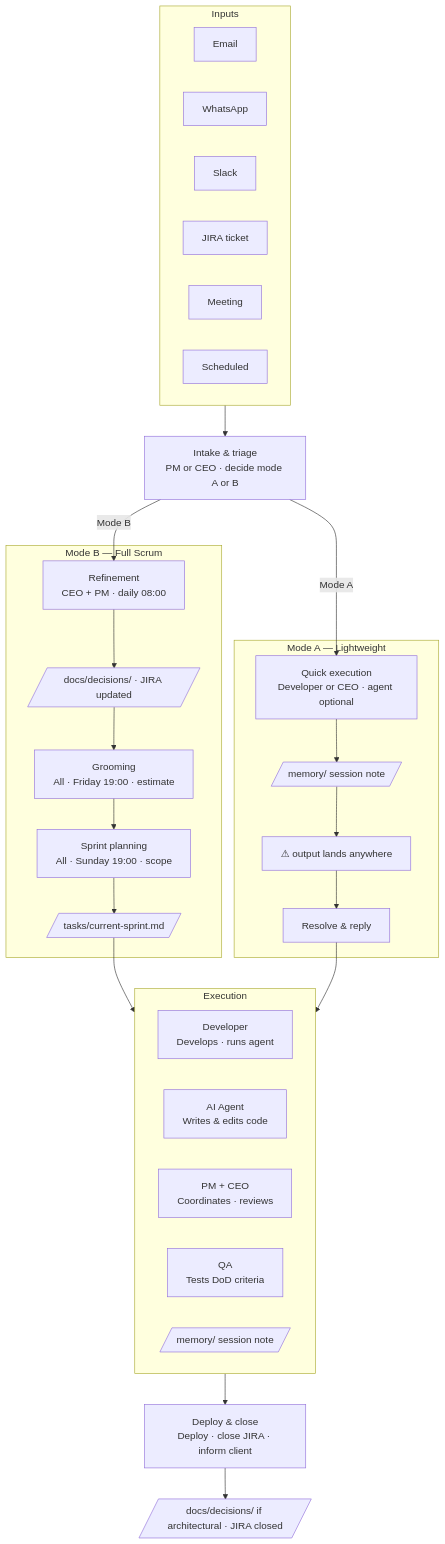
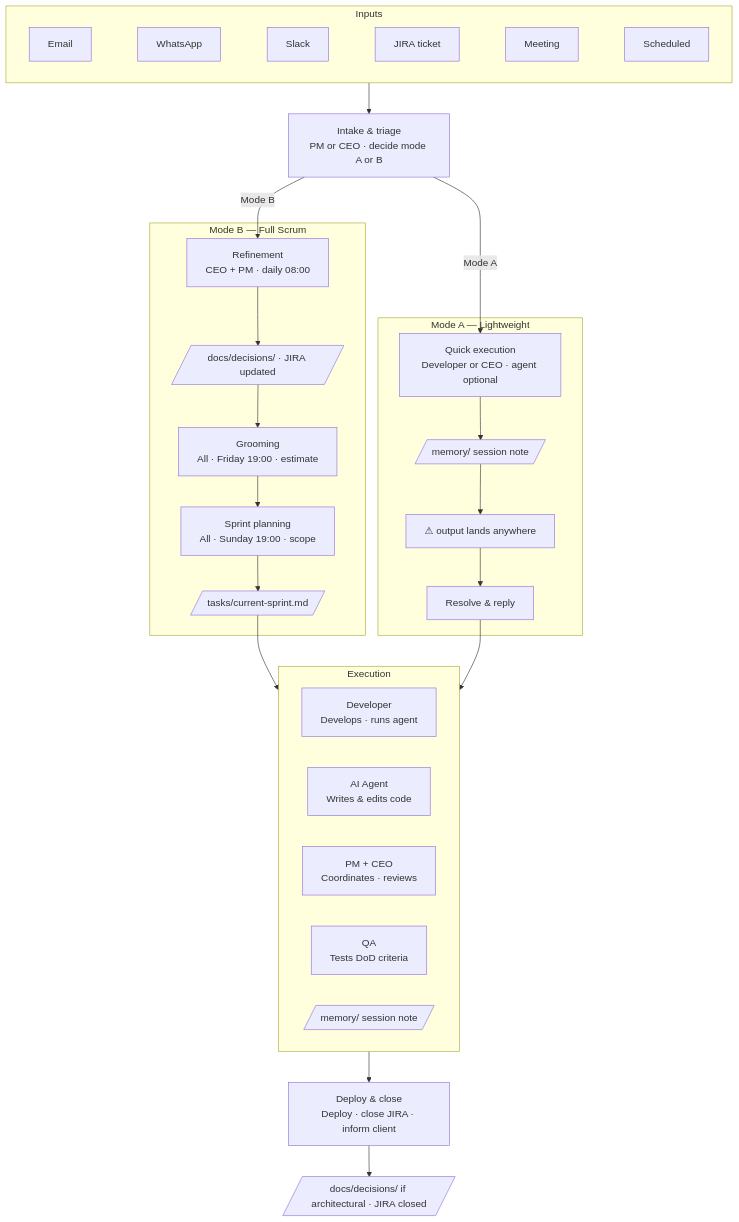
One commit to AllThatBrand/project_agentic-workspace-template changed the first of 6 diagrams in docs/specs/ATB-Agent-Repo-Mermaid-Diagrams.md. Above: the diagram before and after it, drawn with Mermaid. The commit also changed 2 other files, not shown here.

Commit message:
Update diagram: fix horizontal orientation

````diff
--- a/docs/specs/ATB-Agent-Repo-Mermaid-Diagrams.md
+++ b/docs/specs/ATB-Agent-Repo-Mermaid-Diagrams.md
@@ -9,47 +9,42 @@
 ```mermaid
 flowchart TD
     subgraph INPUTS["Inputs"]
-        E[Email]
-        W[WhatsApp]
-        S[Slack]
-        J[JIRA ticket]
-        M[Meeting]
-        SC[Scheduled]
+        E[Email] ~~~ W[WhatsApp] ~~~ S[Slack] ~~~ J[JIRA ticket] ~~~ M[Meeting] ~~~ SC[Scheduled]
     end
 
     INPUTS --> IT
 
     IT["Intake & triage\nPM or CEO · decide mode A or B"]
 
     IT -->|Mode A| QE
     IT -->|Mode B| RF
 
     subgraph MODEA["Mode A — Lightweight"]
         QE["Quick execution\nDeveloper or CEO · agent optional"]
         QE --> SN1[/"memory/ session note"/]
         SN1 --> CL["⚠ output lands anywhere"]
         CL --> RR["Resolve & reply"]
     end
 
     subgraph MODEB["Mode B — Full Scrum"]
         RF["Refinement\nCEO + PM · daily 08:00"]
         RF --> DC1[/"docs/decisions/ · JIRA updated"/]
         DC1 --> GR["Grooming\nAll · Friday 19:00 · estimate"]
         GR --> SP["Sprint planning\nAll · Sunday 19:00 · scope"]
         SP --> TS[/"tasks/current-sprint.md"/]
     end
 
     TS --> EX
     RR --> EX
 
     subgraph EX["Execution"]
         SV["Developer\nDevelops · runs agent"]
         AI["AI Agent\nWrites & edits code"]
         MA["PM + CEO\nCoordinates · reviews"]
         SL["QA\nTests DoD criteria"]
         SN2[/"memory/ session note"/]
     end
 
     EX --> DC["Deploy & close\nDeploy · close JIRA · inform client"]
     DC --> DC2[/"docs/decisions/ if architectural · JIRA closed"/]
 ```
````
